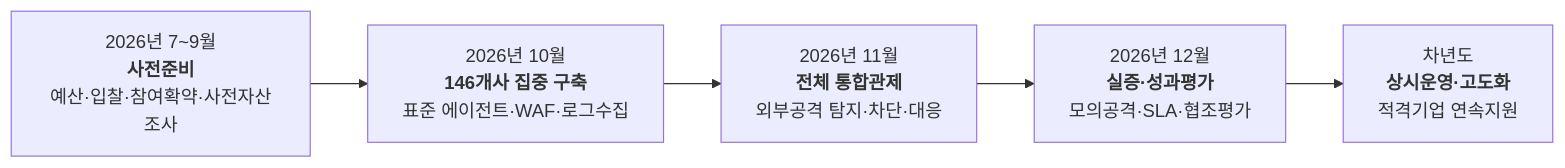
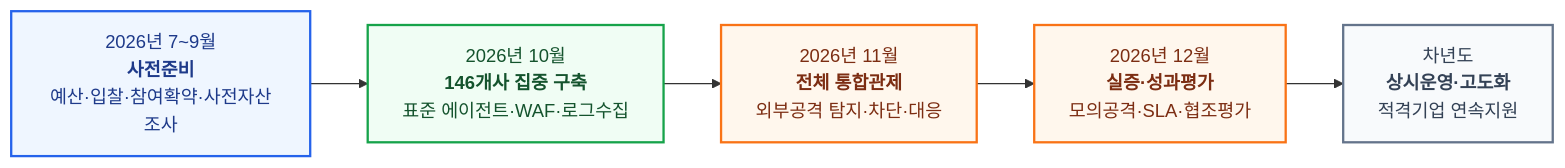
One commit to qubitsec/plura changed the eighth of 8 diagrams in ko/proposal/kwater/kwater-full.md. Above: the diagram before and after it, drawn with Mermaid. The commit also changed other lines of this file, not shown here.

````diff
--- a/ko/proposal/kwater/kwater-full.md
+++ b/ko/proposal/kwater/kwater-full.md
@@ -847,10 +898,20 @@
 ```mermaid
 flowchart LR
     P0["2026년 7~9월<br/><b>사전준비</b><br/>예산·입찰·참여확약·사전자산조사"]
     P1["2026년 10월<br/><b>146개사 집중 구축</b><br/>표준 에이전트·WAF·로그수집"]
     P2["2026년 11월<br/><b>전체 통합관제</b><br/>외부공격 탐지·차단·대응"]
     P3["2026년 12월<br/><b>실증·성과평가</b><br/>모의공격·SLA·협조평가"]
     P4["차년도<br/><b>상시운영·고도화</b><br/>적격기업 연속지원"]
 
     P0 --> P1 --> P2 --> P3 --> P4
+
+    classDef plan fill:#eff6ff,stroke:#2563eb,stroke-width:2px,color:#1e3a8a;
+    classDef build fill:#f0fdf4,stroke:#16a34a,stroke-width:2px,color:#14532d;
+    classDef operate fill:#fff7ed,stroke:#f97316,stroke-width:2px,color:#7c2d12;
+    classDef future fill:#f8fafc,stroke:#64748b,stroke-width:2px,color:#334155;
+
+    class P0 plan;
+    class P1 build;
+    class P2,P3 operate;
+    class P4 future;
 ```
````
